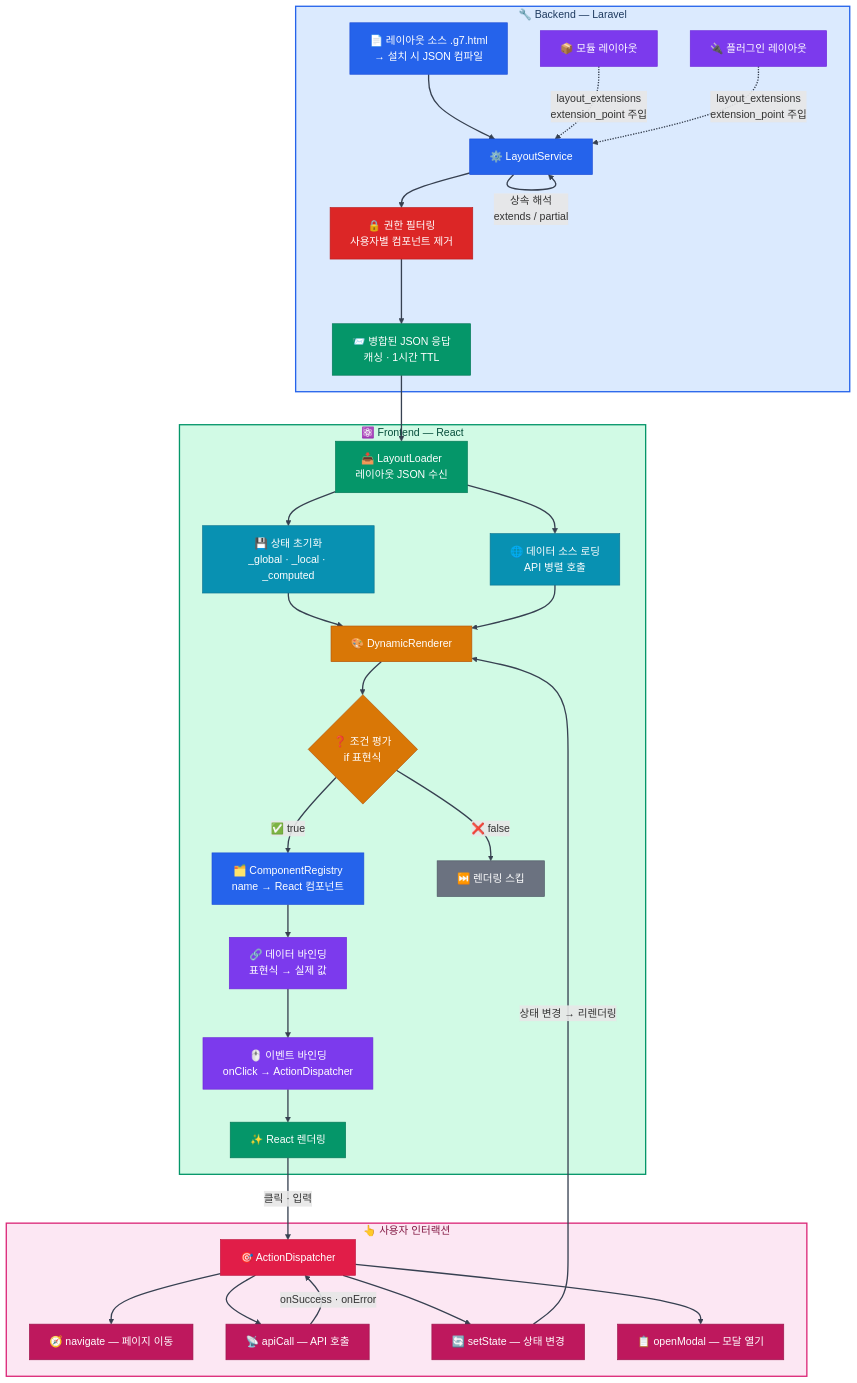
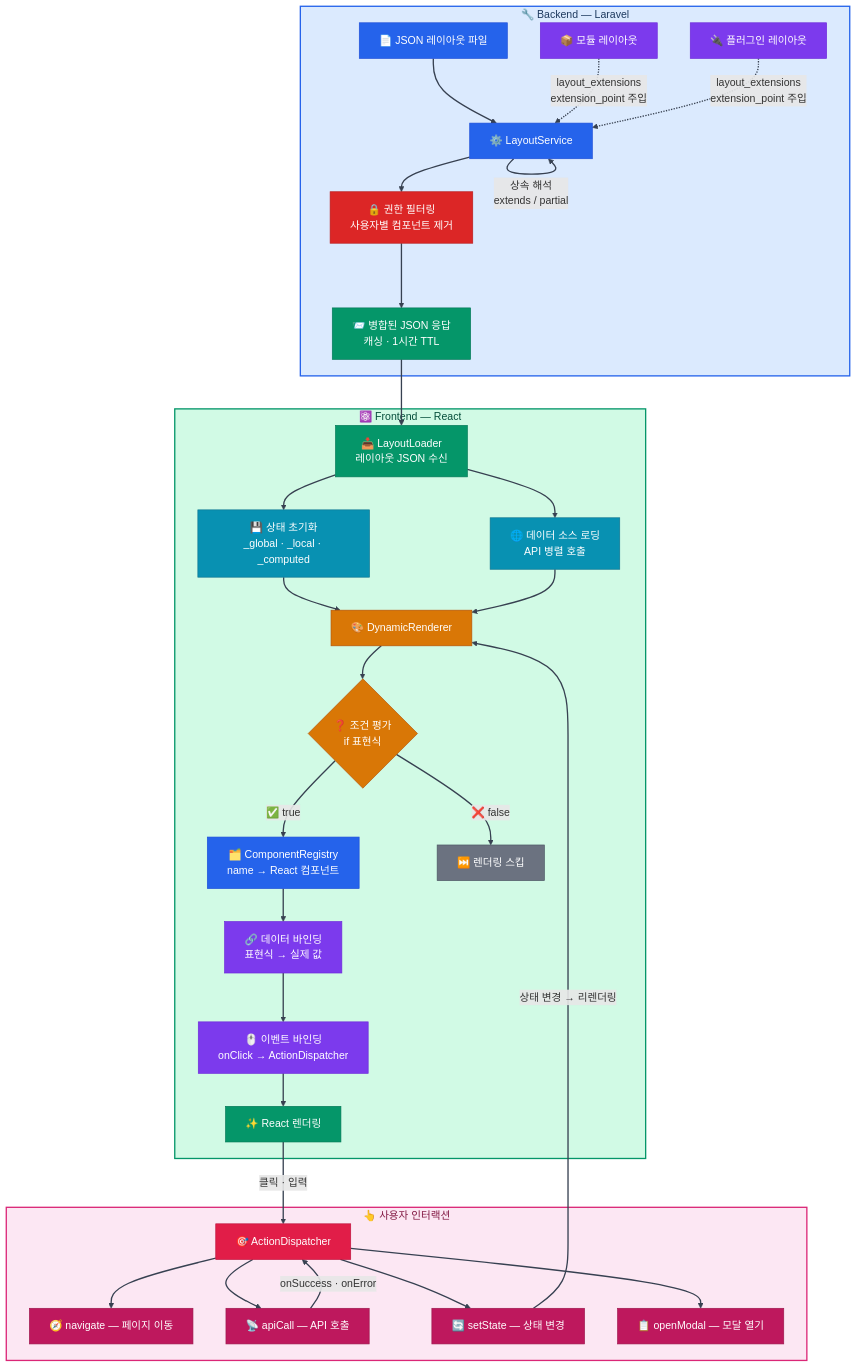
The diagram in README.ko.md (gnuboard/g7), drawn with Mermaid before and after one commit. The commit also changed other lines of this file and 12552 other files, not shown here.

````diff
--- a/README.ko.md
+++ b/README.ko.md
@@ -113,66 +113,66 @@
 ```mermaid
 flowchart TB
     subgraph Backend ["🔧 Backend — Laravel"]
-        A["📄 레이아웃 소스 .g7.html<br/>→ 설치 시 JSON 컴파일"] --> B["⚙️ LayoutService"]
+        A["📄 JSON 레이아웃 파일"] --> B["⚙️ LayoutService"]
         B --> |"상속 해석<br/>extends / partial"| B
         M["📦 모듈 레이아웃"] -.-> |"layout_extensions<br/>extension_point 주입"| B
         P["🔌 플러그인 레이아웃"] -.-> |"layout_extensions<br/>extension_point 주입"| B
         B --> C["🔒 권한 필터링<br/>사용자별 컴포넌트 제거"]
         C --> D["📨 병합된 JSON 응답<br/>캐싱 · 1시간 TTL"]
     end
 
     subgraph Frontend ["⚛️ Frontend — React"]
         D --> E["📥 LayoutLoader<br/>레이아웃 JSON 수신"]
         E --> F["💾 상태 초기화<br/>_global · _local · _computed"]
         E --> G["🌐 데이터 소스 로딩<br/>API 병렬 호출"]
         F & G --> H["🎨 DynamicRenderer"]
 
         H --> I{"❓ 조건 평가<br/>if 표현식"}
         I --> |"✅ true"| J["🗂️ ComponentRegistry<br/>name → React 컴포넌트"]
         I --> |"❌ false"| K["⏭️ 렌더링 스킵"]
 
         J --> L["🔗 데이터 바인딩<br/>표현식 → 실제 값"]
         L --> N["🖱️ 이벤트 바인딩<br/>onClick → ActionDispatcher"]
         N --> O["✨ React 렌더링"]
     end
 
     subgraph Actions ["👆 사용자 인터랙션"]
         O --> |"클릭 · 입력"| Q["🎯 ActionDispatcher"]
         Q --> R["🧭 navigate — 페이지 이동"]
         Q --> S["📡 apiCall — API 호출"]
         Q --> T["🔄 setState — 상태 변경"]
         Q --> U["📋 openModal — 모달 열기"]
         S --> |"onSuccess · onError"| Q
         T --> |"상태 변경 → 리렌더링"| H
     end
 
     style Backend fill:#dbeafe,stroke:#2563eb,stroke-width:2px,color:#1e3a5f
     style Frontend fill:#d1fae5,stroke:#059669,stroke-width:2px,color:#064e3b
     style Actions fill:#fce7f3,stroke:#db2777,stroke-width:2px,color:#831843
 
     style A fill:#2563eb,stroke:#1d4ed8,color:#fff
     style B fill:#2563eb,stroke:#1d4ed8,color:#fff
     style M fill:#7c3aed,stroke:#6d28d9,color:#fff
     style P fill:#7c3aed,stroke:#6d28d9,color:#fff
     style C fill:#dc2626,stroke:#b91c1c,color:#fff
     style D fill:#059669,stroke:#047857,color:#fff
 
     style E fill:#059669,stroke:#047857,color:#fff
     style F fill:#0891b2,stroke:#0e7490,color:#fff
     style G fill:#0891b2,stroke:#0e7490,color:#fff
     style H fill:#d97706,stroke:#b45309,color:#fff
     style I fill:#d97706,stroke:#b45309,color:#fff
     style J fill:#2563eb,stroke:#1d4ed8,color:#fff
     style K fill:#6b7280,stroke:#4b5563,color:#fff
     style L fill:#7c3aed,stroke:#6d28d9,color:#fff
     style N fill:#7c3aed,stroke:#6d28d9,color:#fff
     style O fill:#059669,stroke:#047857,color:#fff
 
     style Q fill:#e11d48,stroke:#be123c,color:#fff
     style R fill:#be185d,stroke:#9d174d,color:#fff
     style S fill:#be185d,stroke:#9d174d,color:#fff
     style T fill:#be185d,stroke:#9d174d,color:#fff
     style U fill:#be185d,stroke:#9d174d,color:#fff
 
     linkStyle default stroke:#374151,stroke-width:2px
 ```
````
